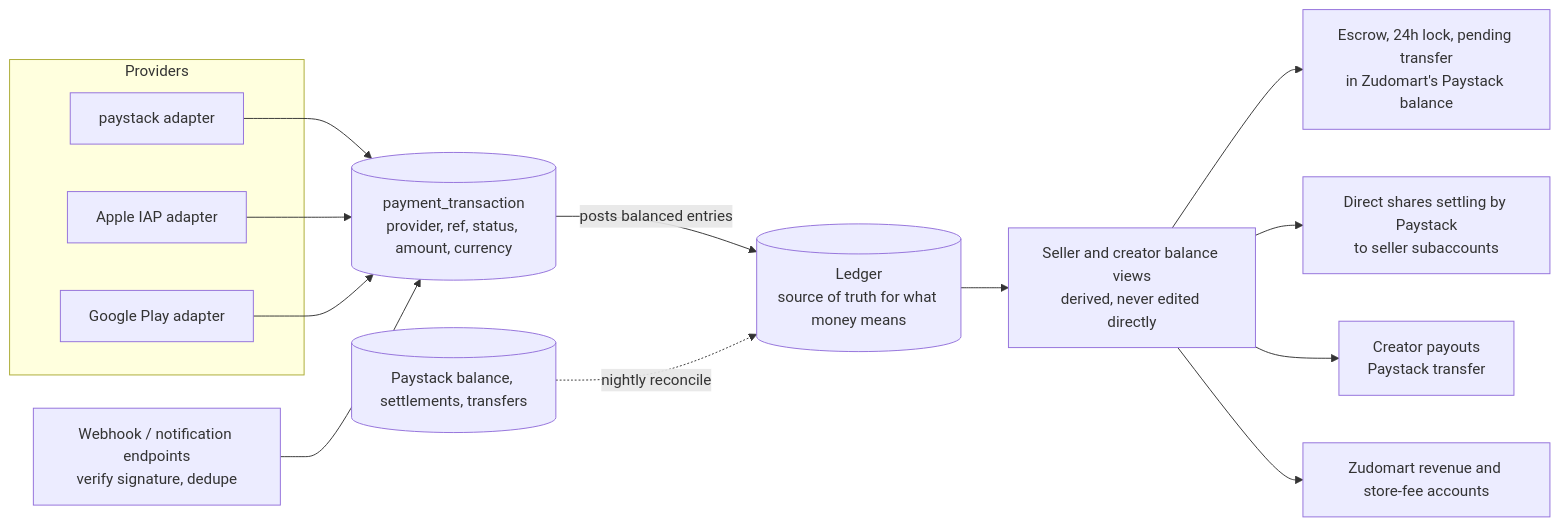
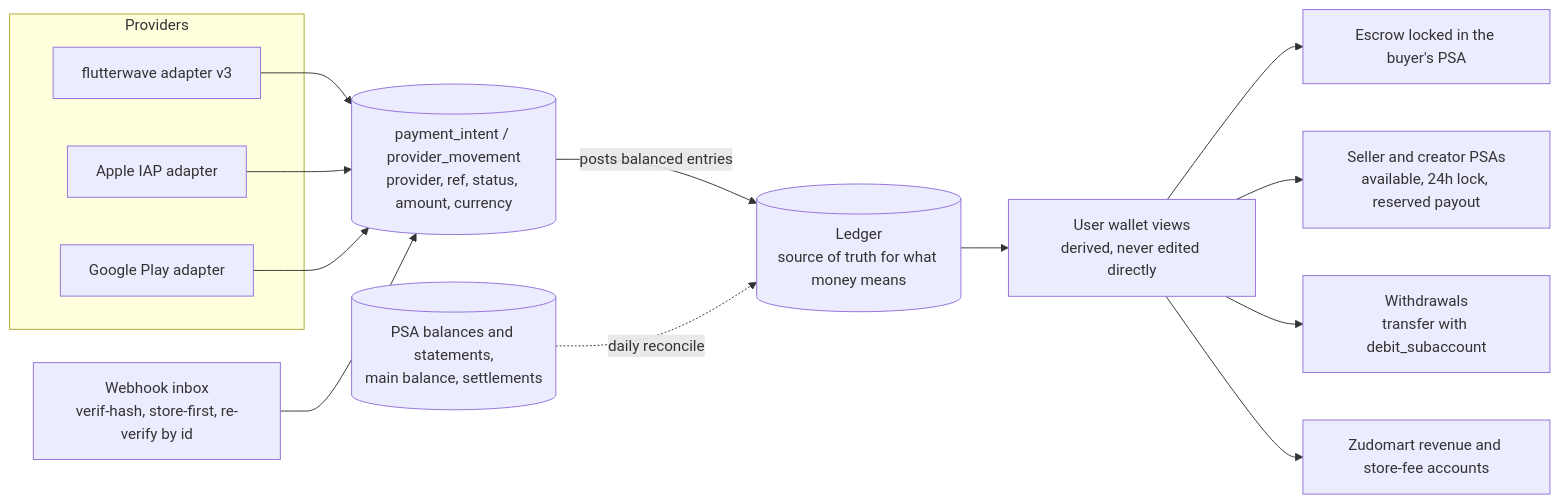
Before and after one commit to telente-technologies/nantty: the first of 7 diagrams in docs/architecture/payments.md, drawn with Mermaid. The commit also changed other lines of this file and 8 other files, not shown here.

Commit message:
docs/architecture batch 1

````diff
--- a/docs/architecture/payments.md
+++ b/docs/architecture/payments.md
@@ -60,19 +58,19 @@
 ```mermaid
 flowchart LR
   subgraph Providers
-    PS[paystack adapter]
+    FW[flutterwave adapter v3]
     AP[Apple IAP adapter]
     GP[Google Play adapter]
   end
-  PS --> PT[(payment_transaction<br/>provider, ref, status, amount, currency)]
+  FW --> PT[(payment_intent / provider_movement<br/>provider, ref, status, amount, currency)]
   AP --> PT
   GP --> PT
-  WH[Webhook / notification endpoints<br/>verify signature, dedupe] --> PT
+  WH[Webhook inbox<br/>verif-hash, store-first, re-verify by id] --> PT
   PT -->|"posts balanced entries"| LG[(Ledger<br/>source of truth for what money means)]
-  LG --> W[Seller and creator balance views<br/>derived, never edited directly]
-  W --> SS[Escrow, 24h lock, pending transfer<br/>in Zudomart's Paystack balance]
-  W --> DS[Direct shares settling by Paystack<br/>to seller subaccounts]
-  W --> CS[Creator payouts<br/>Paystack transfer]
+  LG --> W[User wallet views<br/>derived, never edited directly]
+  W --> SS[Escrow locked in the buyer's PSA]
+  W --> DS[Seller and creator PSAs<br/>available, 24h lock, reserved payout]
+  W --> CS[Withdrawals<br/>transfer with debit_subaccount]
   W --> PL[Zudomart revenue and store-fee accounts]
-  PB[(Paystack balance, settlements, transfers)] -.->|nightly reconcile| LG
+  PB[(PSA balances and statements,<br/>main balance, settlements)] -.->|daily reconcile| LG
 ```
````
